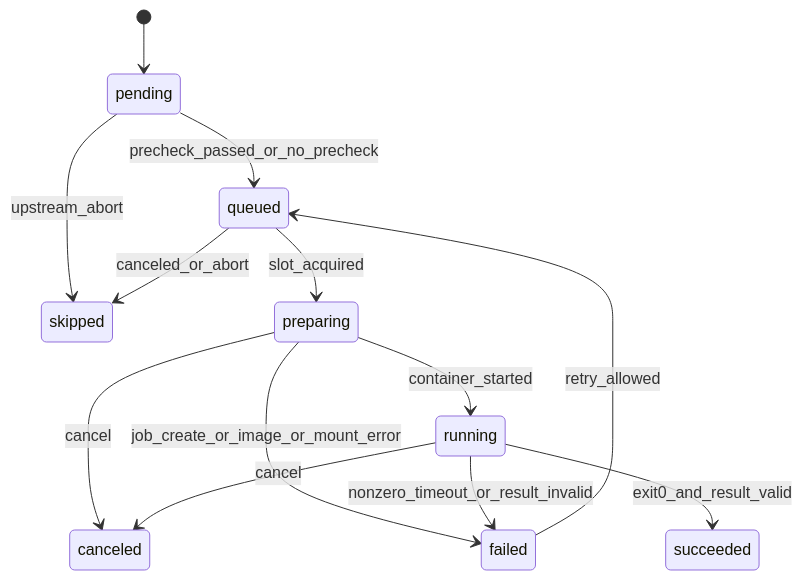
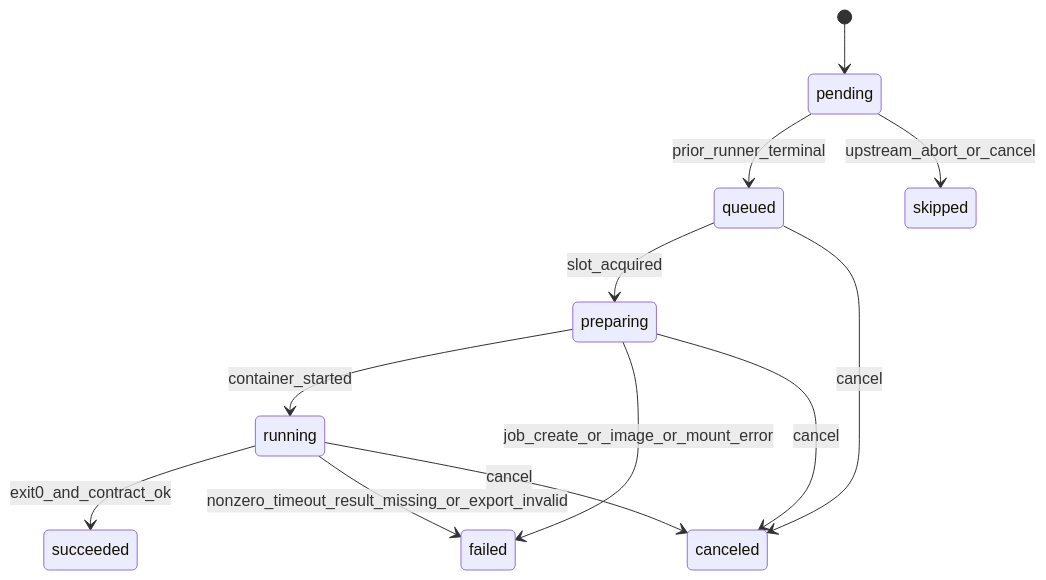
One commit to ucm-system/testplane changed the third of 4 diagrams in design/views/02-logical-view.md. Above: the diagram before and after it, drawn with Mermaid. The commit also changed other lines of this file and 471 other files, not shown here.

````diff
--- a/design/views/02-logical-view.md
+++ b/design/views/02-logical-view.md
@@ -109,15 +106,14 @@
 ```mermaid
 stateDiagram-v2
     [*] --> pending
-    pending --> queued: precheck_passed_or_no_precheck
-    pending --> skipped: upstream_abort
+    pending --> queued: prior_runner_terminal
+    pending --> skipped: upstream_abort_or_cancel
     queued --> preparing: slot_acquired
-    queued --> skipped: canceled_or_abort
+    queued --> canceled: cancel
     preparing --> running: container_started
     preparing --> failed: job_create_or_image_or_mount_error
     preparing --> canceled: cancel
-    running --> succeeded: exit0_and_result_valid
-    running --> failed: nonzero_timeout_or_result_invalid
+    running --> succeeded: exit0_and_contract_ok
+    running --> failed: nonzero_timeout_result_missing_or_export_invalid
     running --> canceled: cancel
-    failed --> queued: retry_allowed
 ```
````
